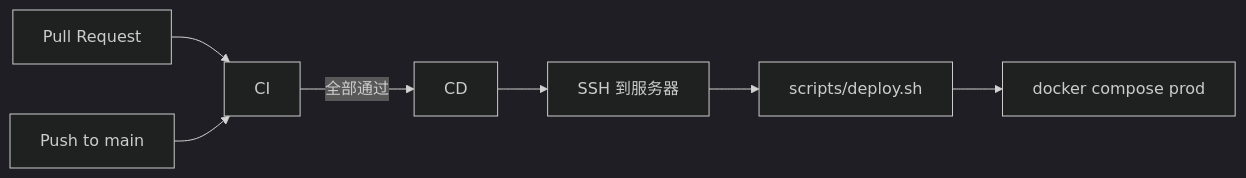
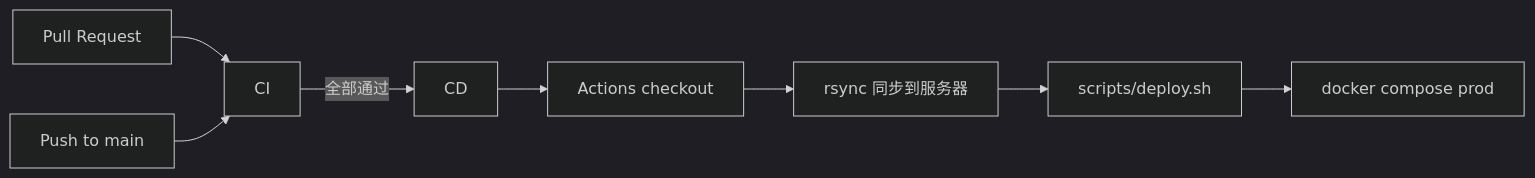
One commit to yruichen/marketing-hub changed the diagram in docs/operations/cicd.md. Above: the diagram before and after it, drawn with Mermaid (dark theme). The commit also changed other lines of this file and 1 other file, not shown here.

First line of the commit message:
refactor: deploy via rsync instead of server git pull

````diff
--- a/docs/operations/cicd.md
+++ b/docs/operations/cicd.md
@@ -12,9 +12,10 @@
 ```mermaid
 flowchart LR
   PR[Pull Request] --> CI
   Push[Push to main] --> CI
   CI -->|全部通过| CD
-  CD --> SSH[SSH 到服务器]
-  SSH --> Deploy[scripts/deploy.sh]
+  CD --> Checkout[Actions checkout]
+  Checkout --> Rsync[rsync 同步到服务器]
+  Rsync --> Deploy[scripts/deploy.sh]
   Deploy --> Compose[docker compose prod]
 ```
````
